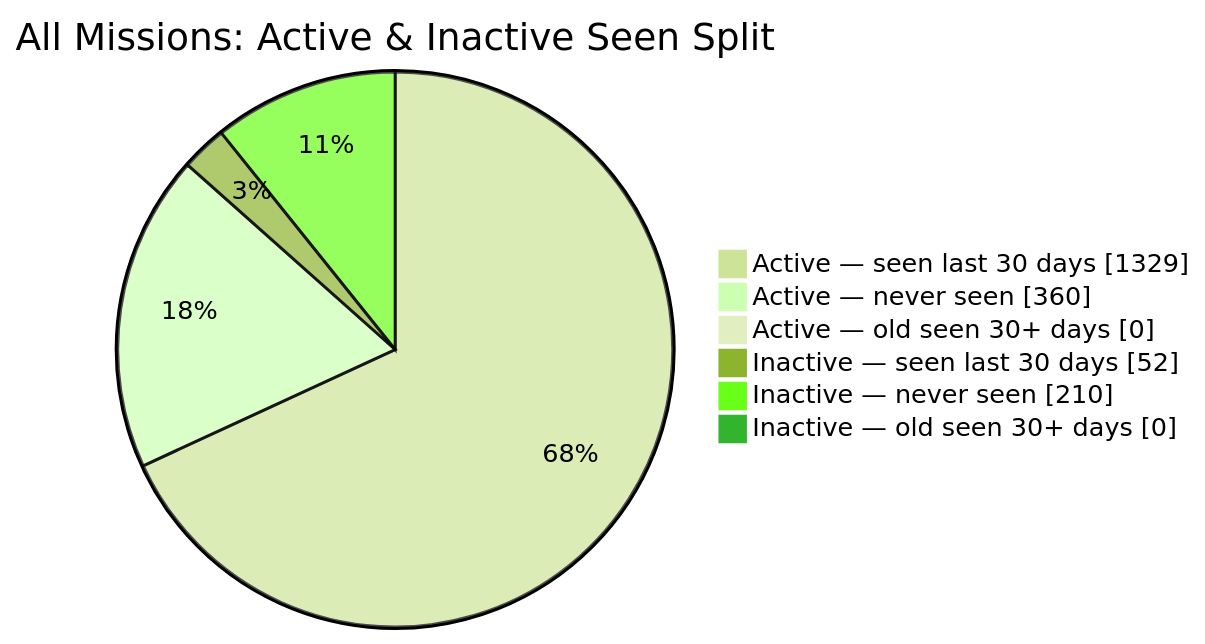
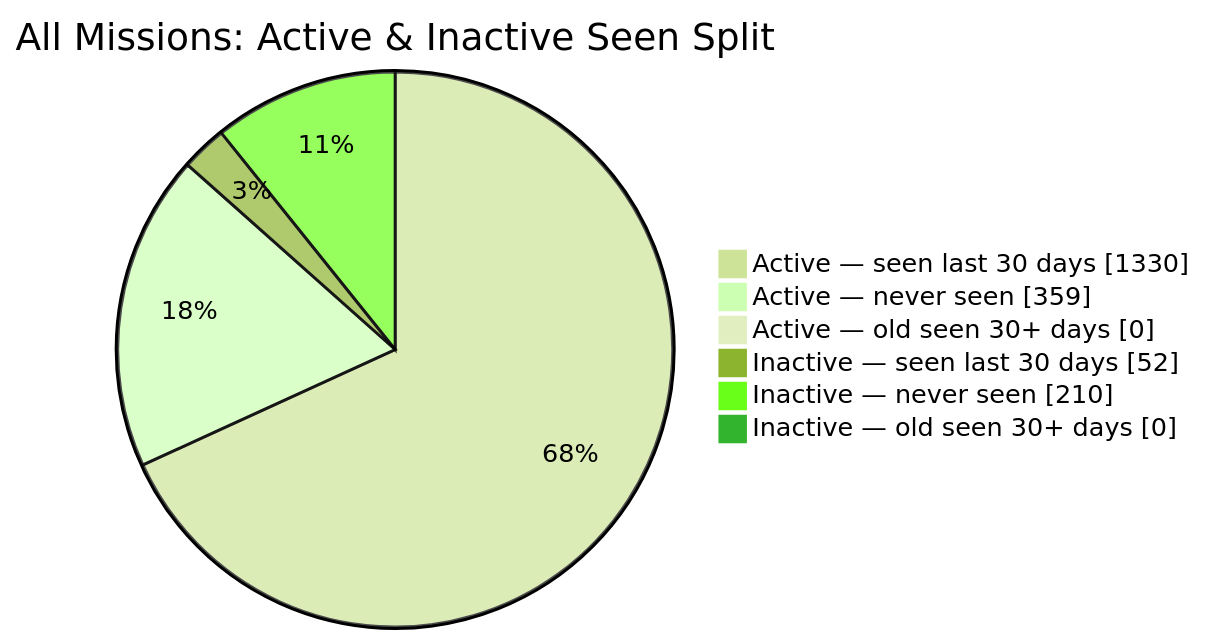
Before and after one commit to MeldkamerspelGameTeam/active-missions: the second of 2 diagrams in README.md, drawn with Mermaid (forest theme). The commit also changed other lines of this file and 2 other files, not shown here.

````diff
--- a/README.md
+++ b/README.md
@@ -44,10 +44,10 @@
 ```mermaid
 pie showData
     title All Missions: Active & Inactive Seen Split
-    "Active — seen last 30 days" : 1329
-    "Active — never seen" : 360
+    "Active — seen last 30 days" : 1330
+    "Active — never seen" : 359
     "Active — old seen 30+ days" : 0
     "Inactive — seen last 30 days" : 52
     "Inactive — never seen" : 210
     "Inactive — old seen 30+ days" : 0
 ```
````
